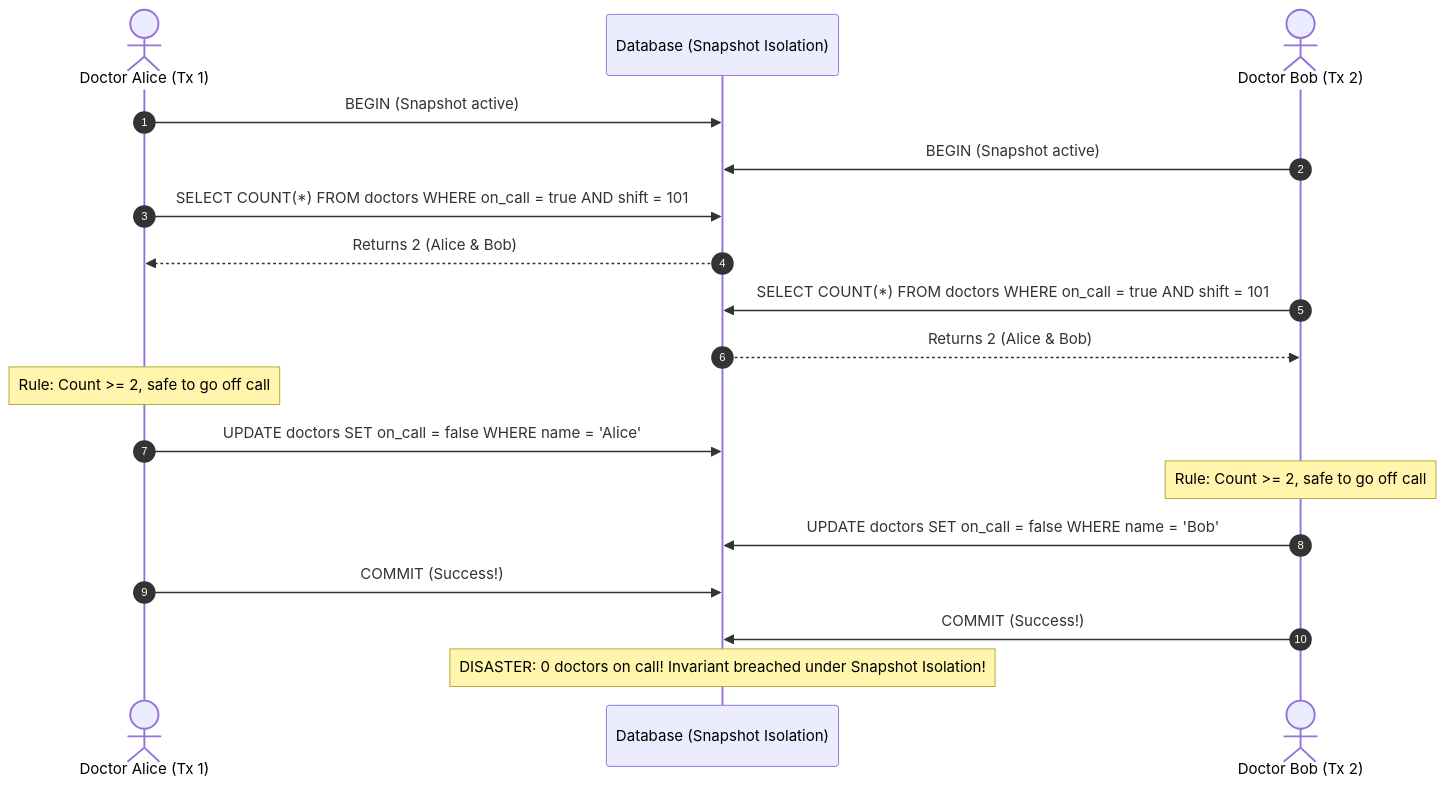
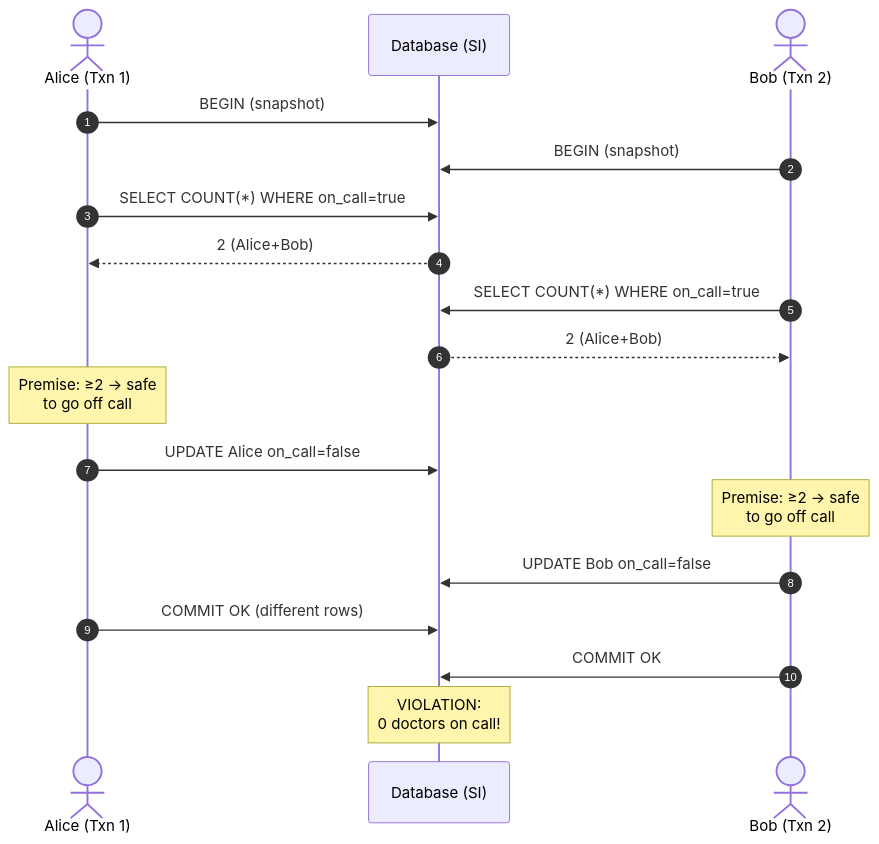
One commit to 1mimhe/books-summery changed the eighth of 14 diagrams in 01 Designing Data-Intensive Applications/chapter-08-transactions.md. Above: the diagram before and after it, drawn with Mermaid. The commit also changed other lines of this file and 2 other files, not shown here.

Commit message:
docs(book01): forensic rewrite ch08-10 (14 txn figs+XSSI, fig 9-5/Byzantine, IDs/UUID consensus)

````diff
--- a/01 Designing Data-Intensive Applications/chapter-08-transactions.md
+++ b/01 Designing Data-Intensive Applications/chapter-08-transactions.md
@@ -374,27 +508,20 @@
 ```mermaid
 sequenceDiagram
   autonumber
-  actor Alice as Doctor Alice (Tx 1)
-  participant DB as Database (Snapshot Isolation)
-  actor Bob as Doctor Bob (Tx 2)
-
-  Alice->>DB: BEGIN (Snapshot active)
-  Bob->>DB: BEGIN (Snapshot active)
-
-  Alice->>DB: SELECT COUNT(*) FROM doctors WHERE on_call = true AND shift = 101
-  DB-->>Alice: Returns 2 (Alice & Bob)
-
-  Bob->>DB: SELECT COUNT(*) FROM doctors WHERE on_call = true AND shift = 101
-  DB-->>Bob: Returns 2 (Alice & Bob)
-
-  Note over Alice: Rule: Count >= 2, safe to go off call
-  Alice->>DB: UPDATE doctors SET on_call = false WHERE name = 'Alice'
-
-  Note over Bob: Rule: Count >= 2, safe to go off call
-  Bob->>DB: UPDATE doctors SET on_call = false WHERE name = 'Bob'
-
-  Alice->>DB: COMMIT (Success!)
-  Bob->>DB: COMMIT (Success!)
-
-  Note over DB: DISASTER: 0 doctors on call! Invariant breached under Snapshot Isolation!
+  actor Alice as Alice (Txn 1)
+  participant DB as Database (SI)
+  actor Bob as Bob (Txn 2)
+  Alice->>DB: BEGIN (snapshot)
+  Bob->>DB: BEGIN (snapshot)
+  Alice->>DB: SELECT COUNT(*) WHERE on_call=true
+  DB-->>Alice: 2 (Alice+Bob)
+  Bob->>DB: SELECT COUNT(*) WHERE on_call=true
+  DB-->>Bob: 2 (Alice+Bob)
+  Note over Alice: Premise: ≥2 → safe<br/>to go off call
+  Alice->>DB: UPDATE Alice on_call=false
+  Note over Bob: Premise: ≥2 → safe<br/>to go off call
+  Bob->>DB: UPDATE Bob on_call=false
+  Alice->>DB: COMMIT OK (different rows)
+  Bob->>DB: COMMIT OK
+  Note over DB: VIOLATION:<br/>0 doctors on call!
 ```
````
